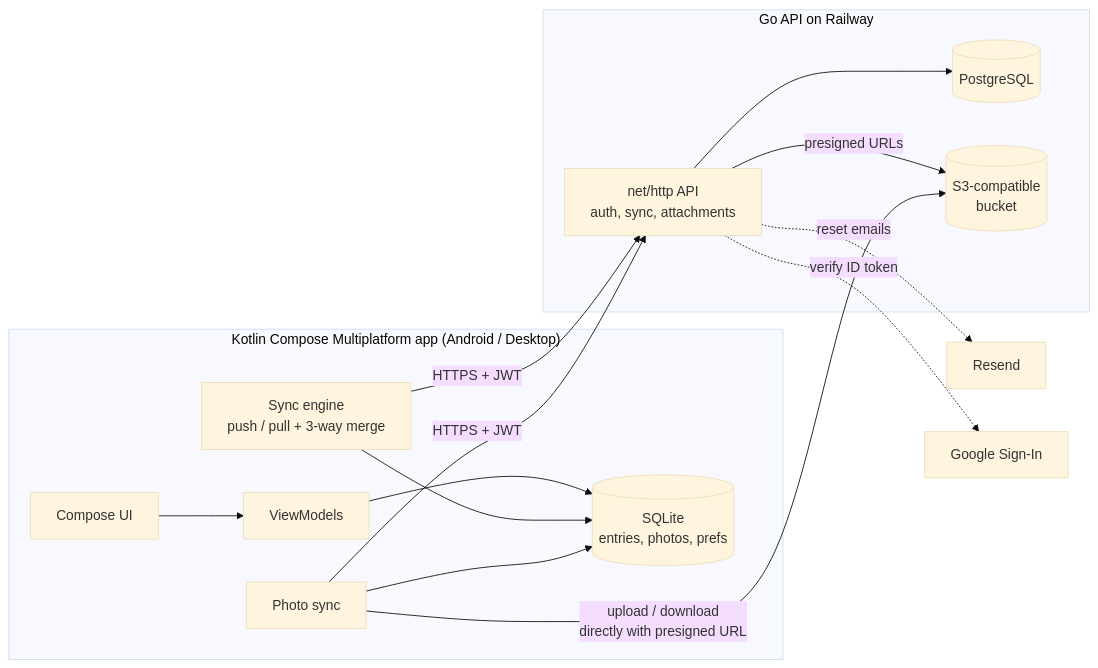
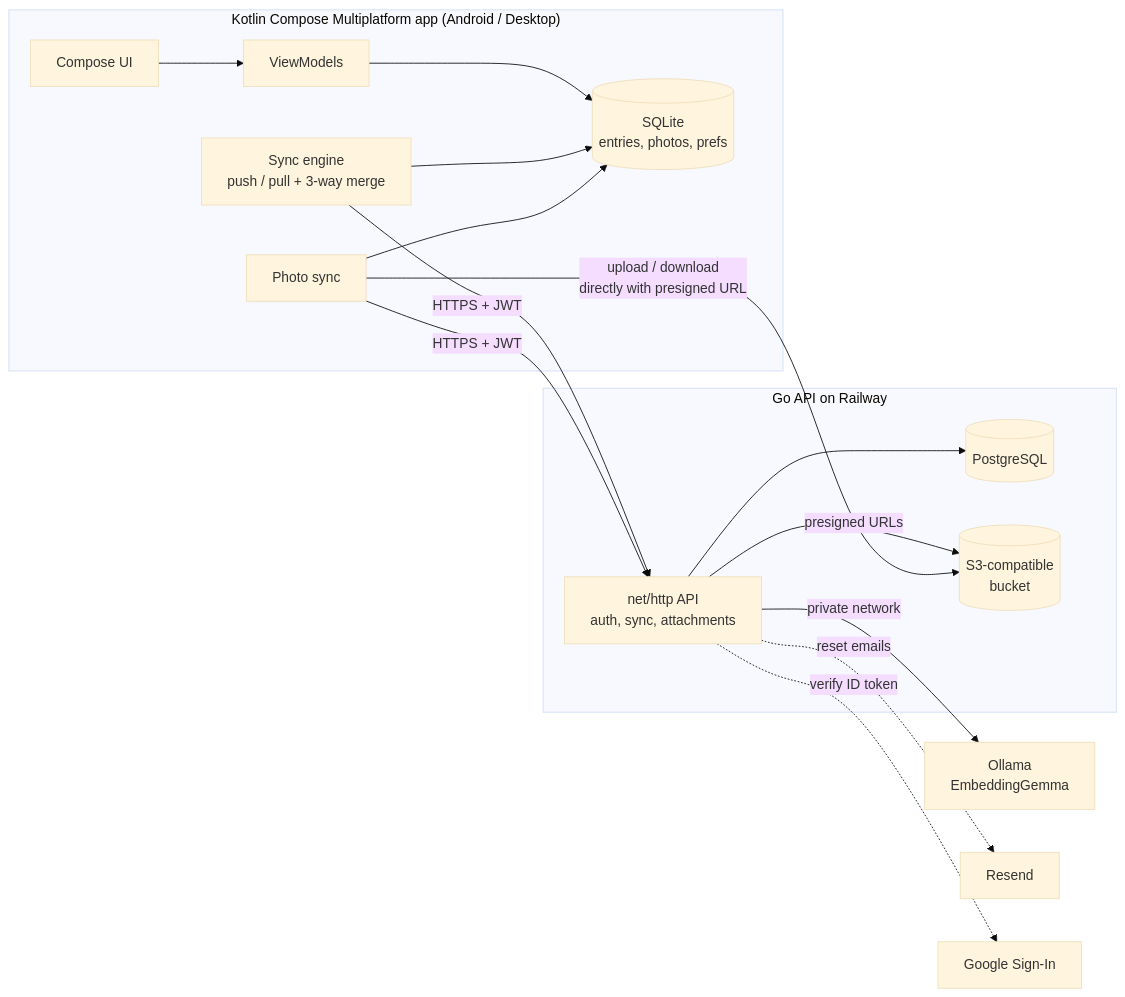
Before and after one commit to SushantPulipati05/Journal_App: the diagram in README.md, drawn with Mermaid (base theme). The commit also changed other lines of this file and 28 other files, not shown here.

````diff
--- a/README.md
+++ b/README.md
@@ -42,21 +46,22 @@
 ```mermaid
 flowchart LR
     subgraph Client["Kotlin Compose Multiplatform app (Android / Desktop)"]
         UI["Compose UI"] --> VM["ViewModels"]
         VM --> Local[("SQLite<br/>entries, photos, prefs")]
         Sync["Sync engine<br/>push / pull + 3-way merge"] --> Local
         PSync["Photo sync"] --> Local
     end
 
     Sync -- "HTTPS + JWT" --> API
     PSync -- "HTTPS + JWT" --> API
 
     subgraph Server["Go API on Railway"]
         API["net/http API<br/>auth, sync, attachments"] --> PG[("PostgreSQL")]
         API -- "presigned URLs" --> S3[("S3-compatible<br/>bucket")]
     end
 
     PSync -- "upload / download<br/>directly with presigned URL" --> S3
+    API -- "private network" --> Ollama["Ollama<br/>EmbeddingGemma"]
     API -. "reset emails" .-> Mail["Resend"]
     API -. "verify ID token" .-> Google["Google Sign-In"]
 ```
````
